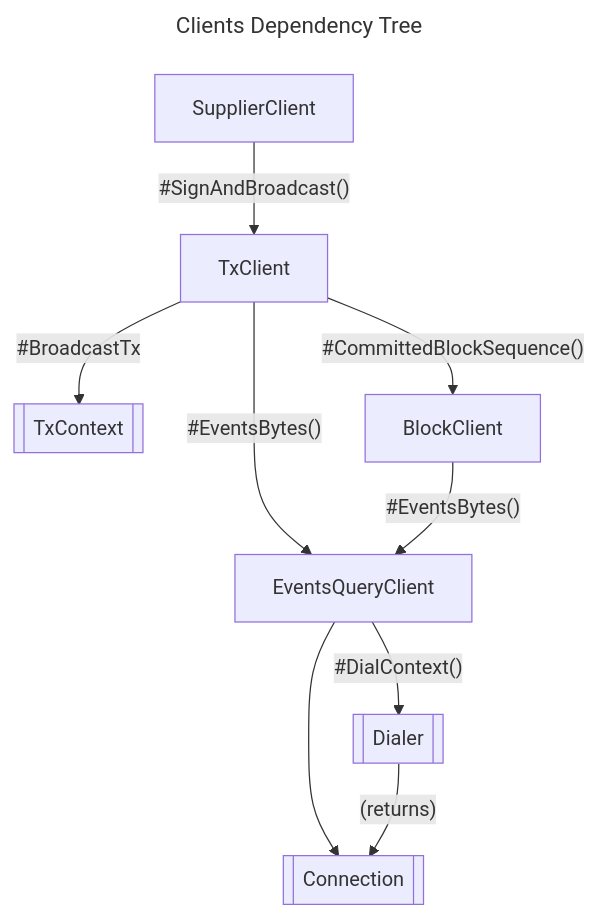
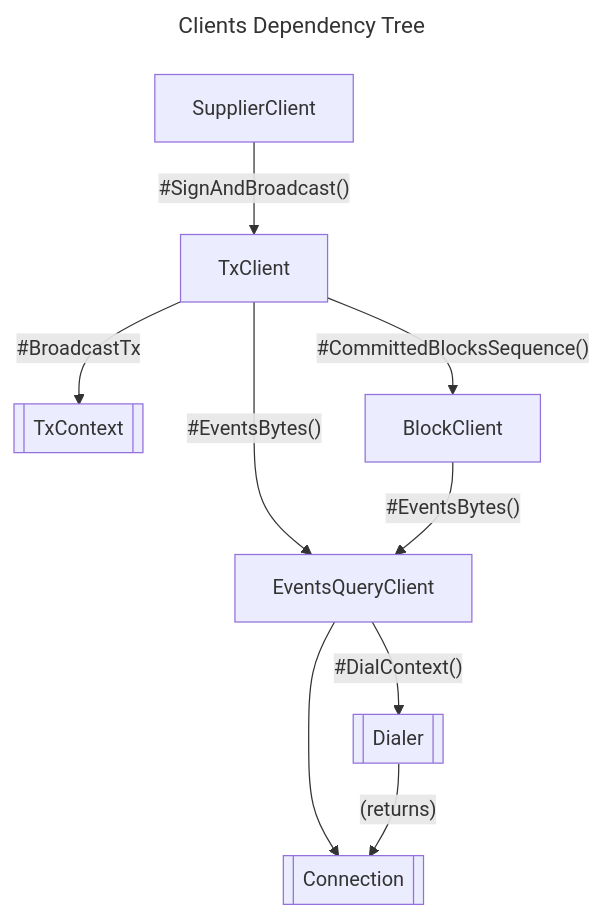
The second of 3 diagrams in docs/pkg/client/README.md (pokt-network/poktroll), drawn with Mermaid before and after one commit. The commit also changed 9 other files, not shown here.

Commit message:
chore: s/CommittedBlockSequence/CommittedBlocksSequence/ge

````diff
--- a/docs/pkg/client/README.md
+++ b/docs/pkg/client/README.md
@@ -57,24 +57,24 @@
 ```mermaid
 ---
 title: Clients Dependency Tree
 ---
 flowchart
 
 sup[SupplierClient]
 tx[TxClient]
 txctx[[TxContext]]
 bl[BlockClient]
 evt[EventsQueryClient]
 conn[[Connection]]
 dial[[Dialer]]
 
 sup --"#SignAndBroadcast()"--> tx
 
-tx --"#CommittedBlockSequence()"--> bl
+tx --"#CommittedBlocksSequence()"--> bl
 tx --"#BroadcastTx"--> txctx
 tx --"#EventsBytes()"--> evt
 bl --"#EventsBytes()"--> evt
 evt --> conn
 evt --"#DialContext()"--> dial
 dial --"(returns)"--> conn
 ```
````
